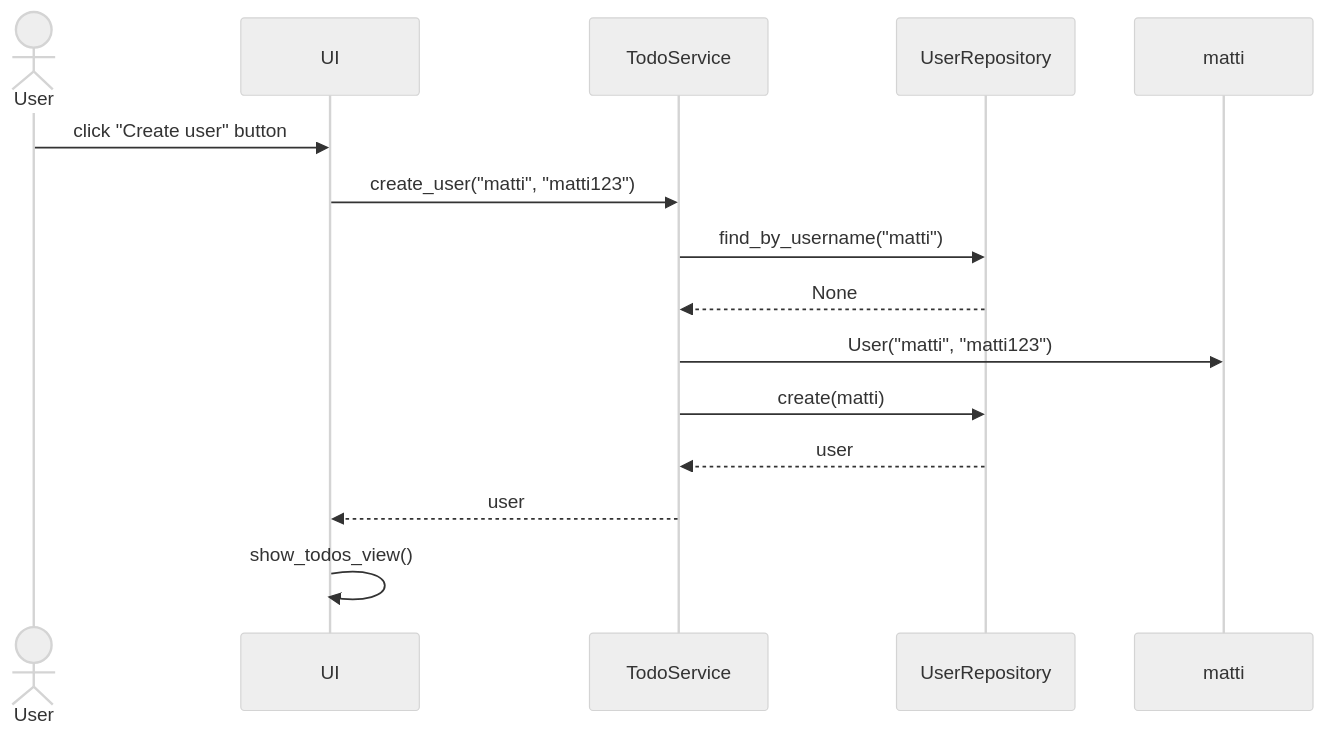
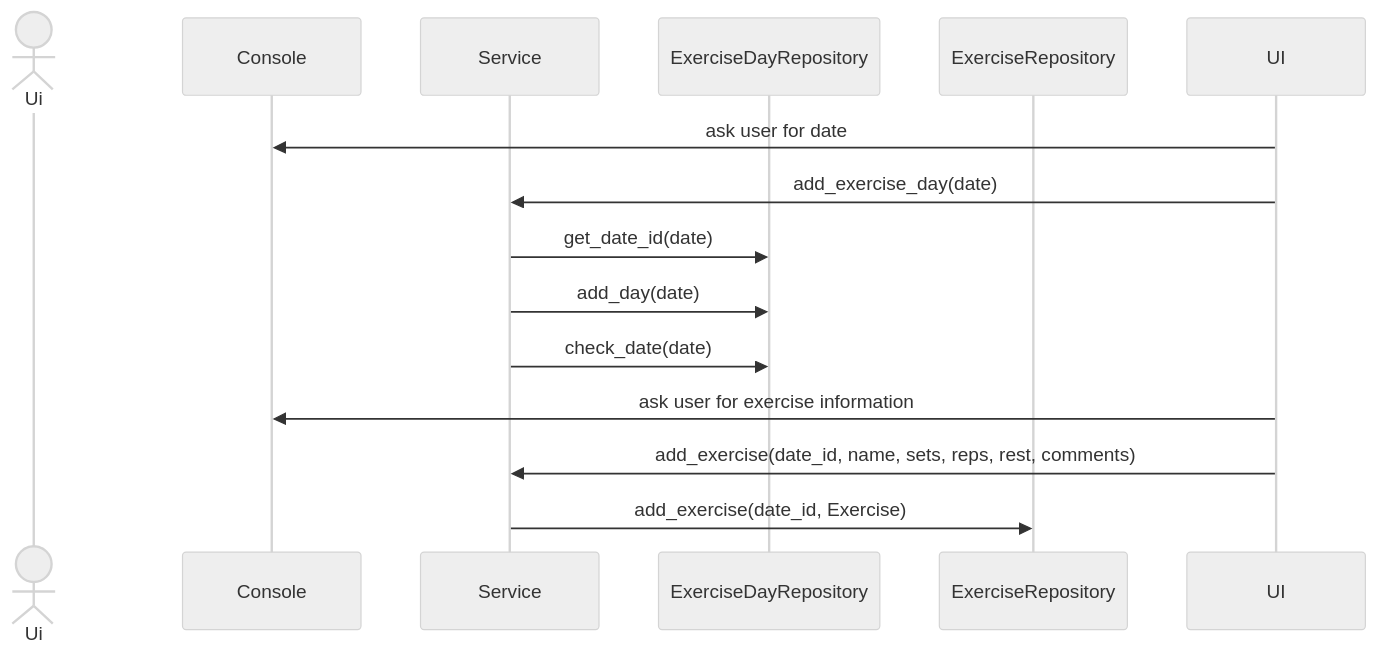
One commit to JoJoensuu/ot-harjoitustyo changed the third of 3 diagrams in python-strenght-training-app/Dokumentaatio/arkkitehtuuri.md. Above: the diagram before and after it, drawn with Mermaid (neutral theme). The commit also changed other lines of this file, not shown here.

````diff
--- a/python-strenght-training-app/Dokumentaatio/arkkitehtuuri.md
+++ b/python-strenght-training-app/Dokumentaatio/arkkitehtuuri.md
@@ -91,17 +75,16 @@
 ```mermaid
 sequenceDiagram
-  actor User
-  participant UI
-  participant TodoService
-  participant UserRepository
-  participant matti
-  User->>UI: click "Create user" button
-  UI->>TodoService: create_user("matti", "matti123")
-  TodoService->>UserRepository: find_by_username("matti")
-  UserRepository-->>TodoService: None
-  TodoService->>matti: User("matti", "matti123")
-  TodoService->>UserRepository: create(matti)
-  UserRepository-->>TodoService: user
-  TodoService-->>UI: user
-  UI->>UI: show_todos_view()
+  actor Ui
+  participant Console
+  participant Service
+  participant ExerciseDayRepository
+  participant ExerciseRepository
+  UI->>Console: ask user for date
+  UI->>Service: add_exercise_day(date)
+  Service->>ExerciseDayRepository: get_date_id(date)
+  Service->>ExerciseDayRepository: add_day(date)
+  Service->>ExerciseDayRepository: check_date(date)
+  UI->>Console: ask user for exercise information
+  UI->>Service: add_exercise(date_id, name, sets, reps, rest, comments)
+  Service->>ExerciseRepository: add_exercise(date_id, Exercise)
 ```
````
